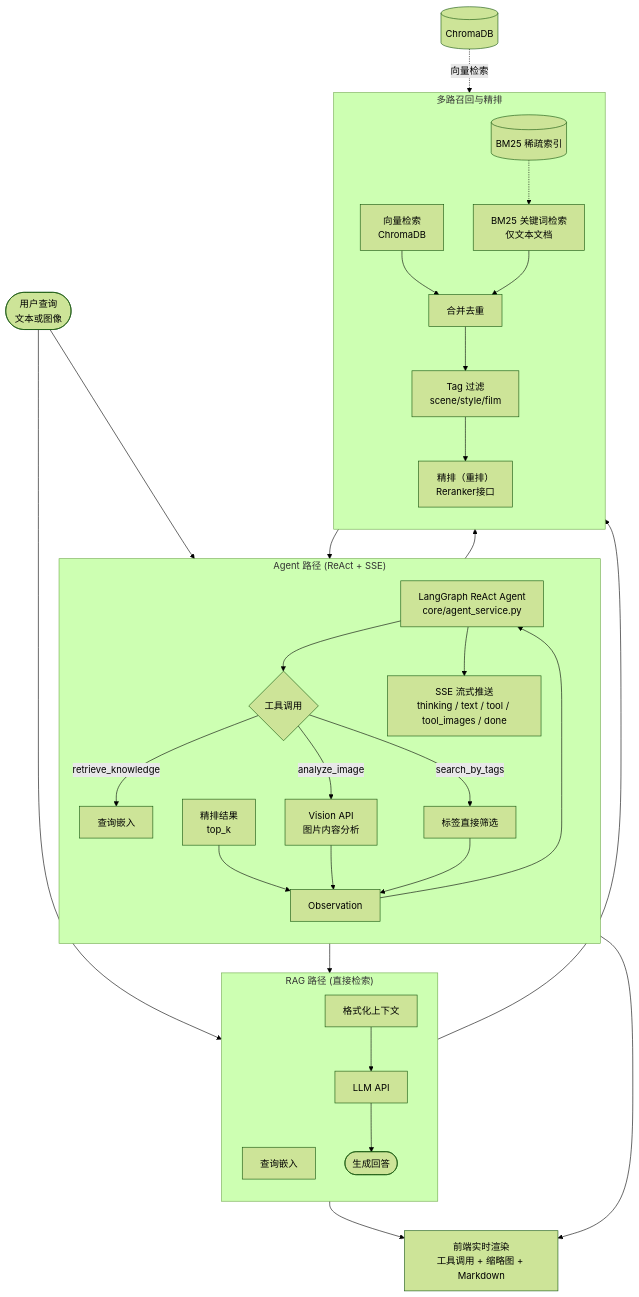
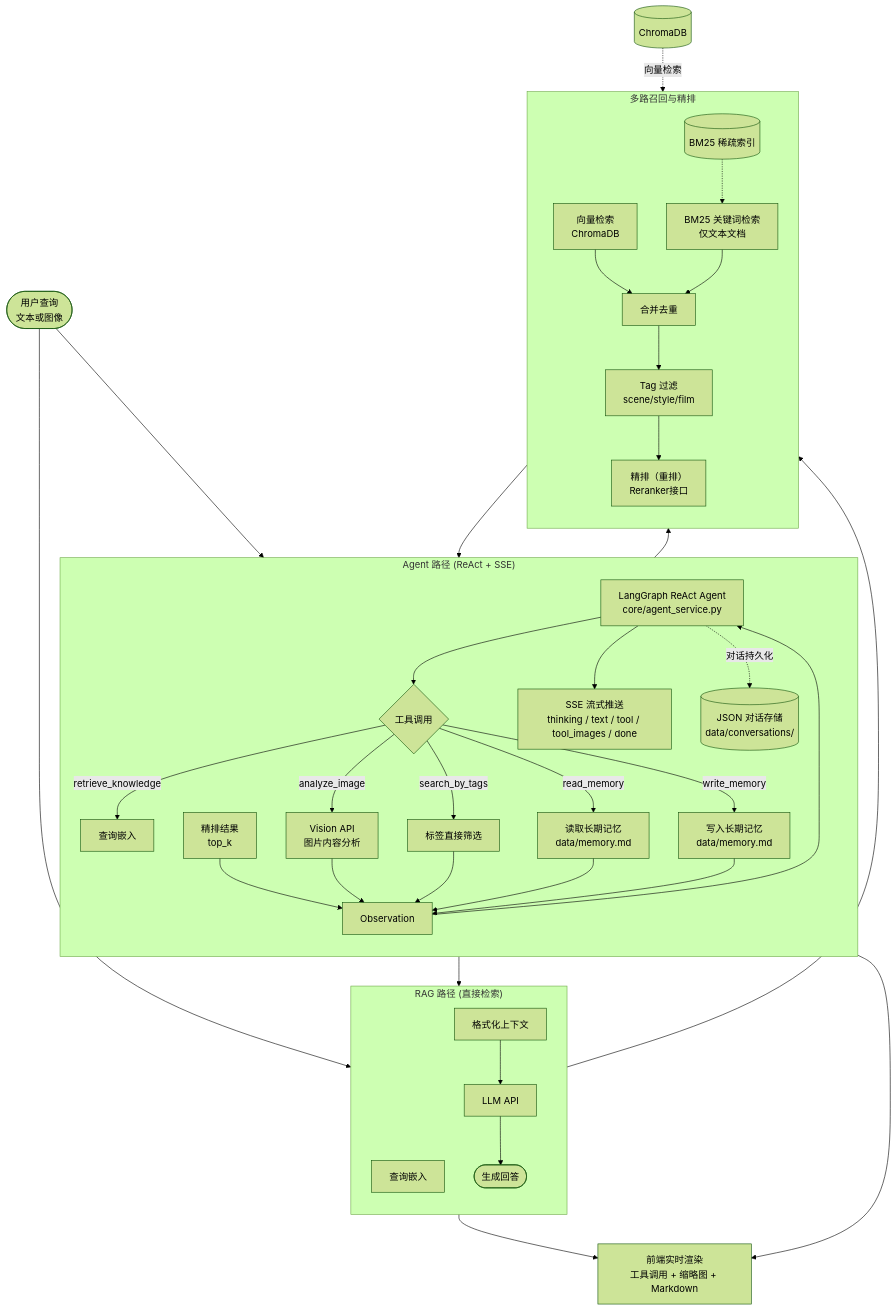
One commit to Rollbear-bot/AgenticFilmArchive changed the second of 2 diagrams in README.md. Above: the diagram before and after it, drawn with Mermaid (forest theme). The commit also changed other lines of this file and 16 other files, not shown here.

````diff
--- a/README.md
+++ b/README.md
@@ -63,43 +78,48 @@
 ```mermaid
 flowchart TD
     USER_QUERY([用户查询<br/>文本或图像])
 
     subgraph AGENT_PATH["Agent 路径 (ReAct + SSE)"]
         direction TB
         AGENT[LangGraph ReAct Agent<br/>core/agent_service.py] --> TOOL_CALL{工具调用}
         TOOL_CALL -->|retrieve_knowledge| RECALL_Q[查询嵌入]
         TOOL_CALL -->|analyze_image| VISION[Vision API<br/>图片内容分析]
         TOOL_CALL -->|search_by_tags| TAG_DIRECT[标签直接筛选]
+        TOOL_CALL -->|read_memory| MEM_READ[读取长期记忆<br/>data/memory.md]
+        TOOL_CALL -->|write_memory| MEM_WRITE[写入长期记忆<br/>data/memory.md]
         RANKED --> OBS[Observation]
         VISION --> OBS
         TAG_DIRECT --> OBS
+        MEM_READ --> OBS
+        MEM_WRITE --> OBS
         OBS --> AGENT
         AGENT --> SSE[SSE 流式推送<br/>thinking / text / tool / tool_images / done]
+        AGENT -.->|对话持久化| CONV_STORE[(JSON 对话存储<br/>data/conversations/)]
     end
 
     subgraph RAG_PATH["RAG 路径 (直接检索)"]
         direction TB
         RAG_Q[查询嵌入]
         RANKED --> CTX[格式化上下文]
         CTX --> LLM[LLM API]
         LLM --> ANSWER([生成回答])
     end
 
     subgraph RETRIEVAL["多路召回与精排"]
         direction TB
         RECALL_Q --> VEC_SEARCH[向量检索<br/>ChromaDB]
         RAG_Q --> VEC_SEARCH
         BM25_IDX[(BM25 稀疏索引)] -.-> BM25_SEARCH[BM25 关键词检索<br/>仅文本文档]
         VEC_SEARCH --> MERGE[合并去重]
         BM25_SEARCH --> MERGE
         MERGE --> TAG_FILTER[Tag 过滤<br/>scene/style/film]
         TAG_FILTER --> RERANK[精排（重排）<br/>Reranker接口]
         RERANK --> RANKED[精排结果<br/>top_k]
     end
 
     USER_QUERY --> AGENT
     USER_QUERY --> RAG_Q
     CHROMA[(ChromaDB)] -.->|向量检索| VEC_SEARCH
     SSE --> FE[前端实时渲染<br/>工具调用 + 缩略图 + Markdown]
     ANSWER --> FE
 ```
````
